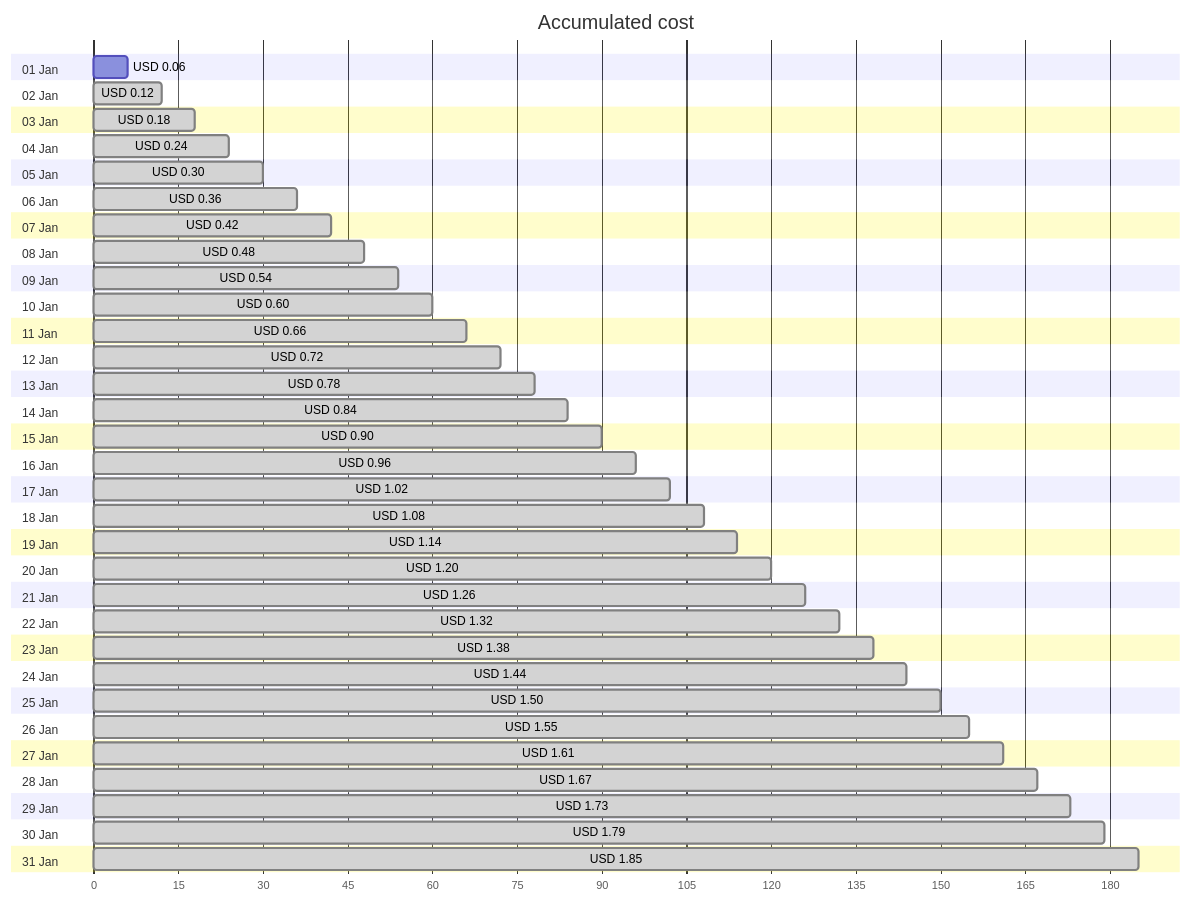
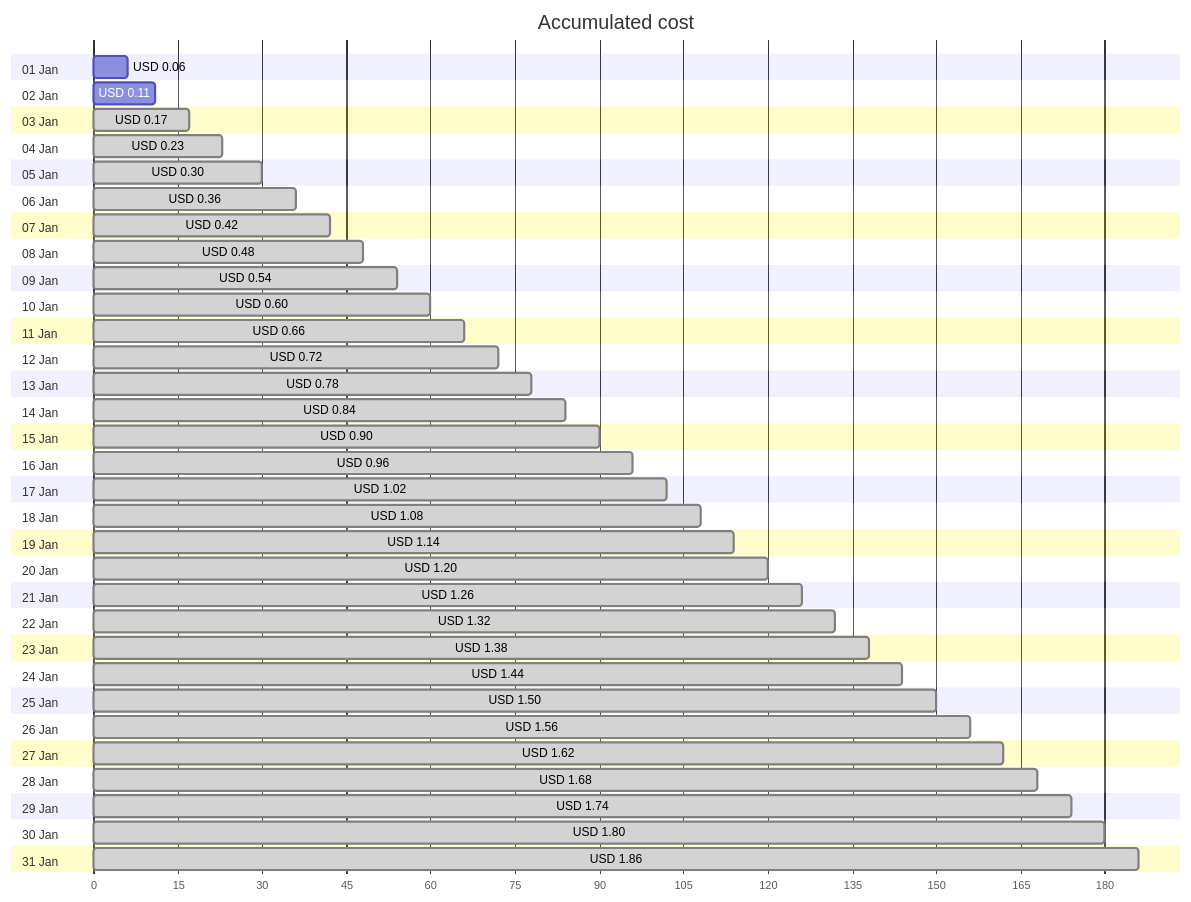
The first of 4 diagrams in cost-reports/personal-network/backup-server_OsDisk.md (jpfulton/azure-personal-reports), drawn with Mermaid before and after one commit. The commit also changed other lines of this file and 8 other files, not shown here.

````diff
--- a/cost-reports/personal-network/backup-server_OsDisk.md
+++ b/cost-reports/personal-network/backup-server_OsDisk.md
@@ -20,68 +20,68 @@
 ```mermaid
 gantt
    title Accumulated cost
    dateFormat  X
    axisFormat %s
    section 01 Jan
    USD 0.06 :0, 6
    section 02 Jan
-   USD 0.12 : done, 0, 12
+   USD 0.11 :0, 11
    section 03 Jan
-   USD 0.18 : done, 0, 18
+   USD 0.17 : done, 0, 17
    section 04 Jan
-   USD 0.24 : done, 0, 24
+   USD 0.23 : done, 0, 23
    section 05 Jan
    USD 0.30 : done, 0, 30
    section 06 Jan
    USD 0.36 : done, 0, 36
    section 07 Jan
    USD 0.42 : done, 0, 42
    section 08 Jan
    USD 0.48 : done, 0, 48
    section 09 Jan
    USD 0.54 : done, 0, 54
    section 10 Jan
    USD 0.60 : done, 0, 60
    section 11 Jan
    USD 0.66 : done, 0, 66
    section 12 Jan
    USD 0.72 : done, 0, 72
    section 13 Jan
    USD 0.78 : done, 0, 78
    section 14 Jan
    USD 0.84 : done, 0, 84
    section 15 Jan
    USD 0.90 : done, 0, 90
    section 16 Jan
    USD 0.96 : done, 0, 96
    section 17 Jan
    USD 1.02 : done, 0, 102
    section 18 Jan
    USD 1.08 : done, 0, 108
    section 19 Jan
    USD 1.14 : done, 0, 114
    section 20 Jan
    USD 1.20 : done, 0, 120
    section 21 Jan
    USD 1.26 : done, 0, 126
    section 22 Jan
    USD 1.32 : done, 0, 132
    section 23 Jan
    USD 1.38 : done, 0, 138
    section 24 Jan
    USD 1.44 : done, 0, 144
    section 25 Jan
    USD 1.50 : done, 0, 150
    section 26 Jan
-   USD 1.55 : done, 0, 155
+   USD 1.56 : done, 0, 156
    section 27 Jan
-   USD 1.61 : done, 0, 161
+   USD 1.62 : done, 0, 162
    section 28 Jan
-   USD 1.67 : done, 0, 167
+   USD 1.68 : done, 0, 168
    section 29 Jan
-   USD 1.73 : done, 0, 173
+   USD 1.74 : done, 0, 174
    section 30 Jan
-   USD 1.79 : done, 0, 179
+   USD 1.80 : done, 0, 180
    section 31 Jan
-   USD 1.85 : done, 0, 185
+   USD 1.86 : done, 0, 186
 ```
````
